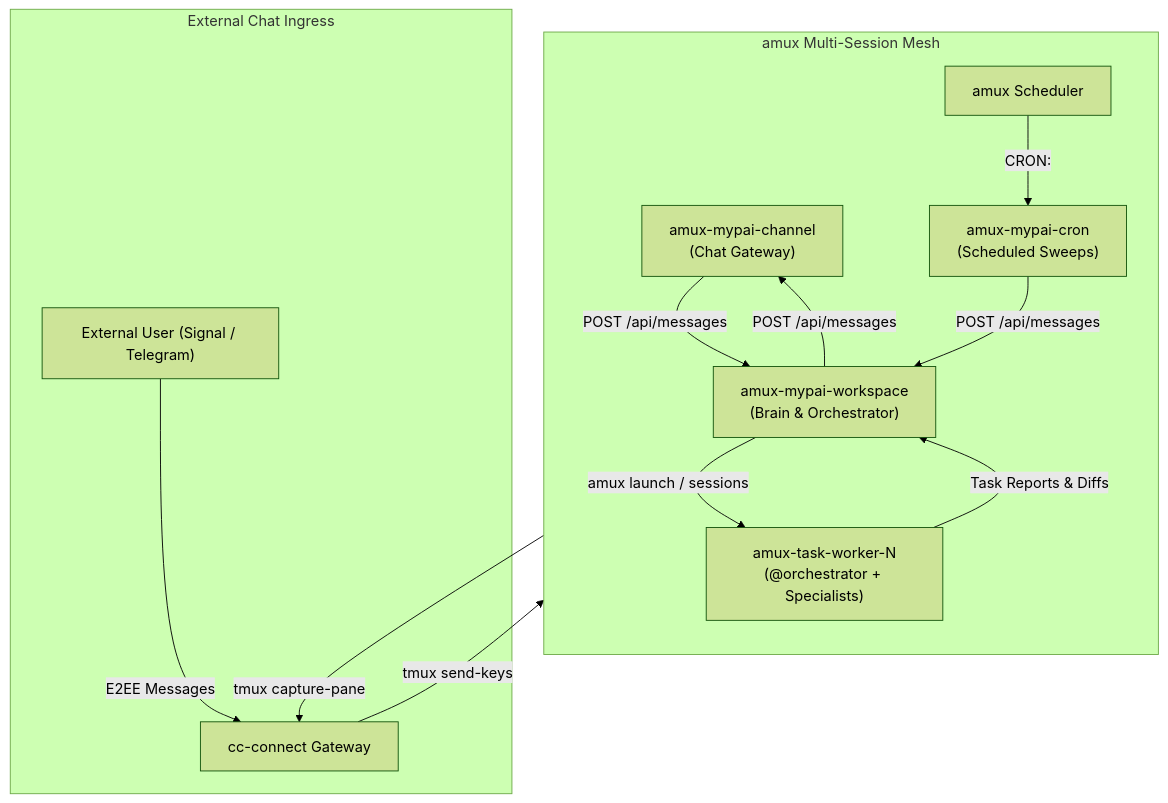
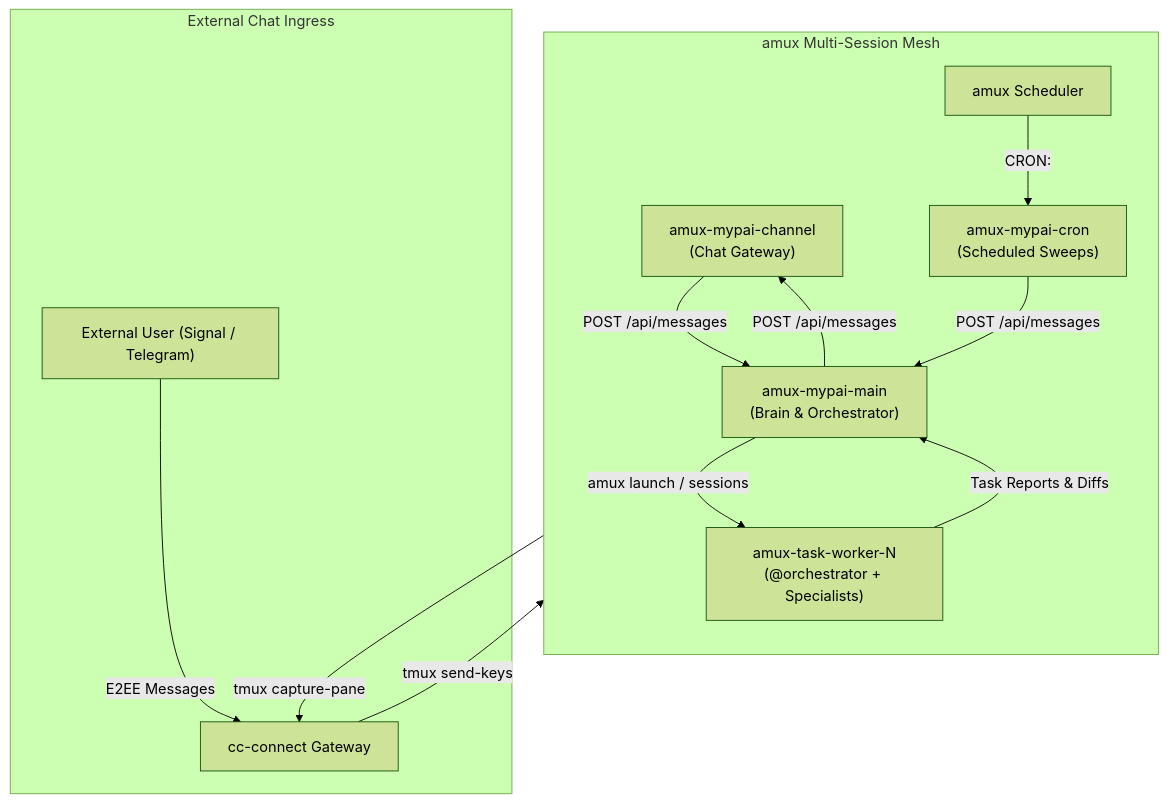
Before and after one commit to wuxxin/mypai: the diagram in USAGE.md, drawn with Mermaid (forest theme). The commit also changed other lines of this file and 13 other files, not shown here.

First line of the commit message:
refactor(mesh): rename mypai-workspace to mypai-main across configs, agents, and documentation

````diff
--- a/USAGE.md
+++ b/USAGE.md
@@ -11,29 +11,29 @@
 ```mermaid
 flowchart TD
     subgraph Chat["External Chat Ingress"]
         ExtUser["External User (Signal / Telegram)"]
         CC["cc-connect Gateway"]
         ExtUser -->|"E2EE Messages"| CC
     end
 
     subgraph Mesh["amux Multi-Session Mesh"]
         direction TB
         Chan["amux-mypai-channel<br/>(Chat Gateway)"]
-        Brain["amux-mypai-workspace<br/>(Brain & Orchestrator)"]
+        Brain["amux-mypai-main<br/>(Brain & Orchestrator)"]
         Cron["amux-mypai-cron<br/>(Scheduled Sweeps)"]
         Sched["amux Scheduler"]
         
         Workers["amux-task-worker-N<br/>(@orchestrator + Specialists)"]
 
         CC -->|"tmux send-keys"| Chan
         Chan -->|"POST /api/messages"| Brain
         Brain -->|"POST /api/messages"| Chan
         Chan -->|"tmux capture-pane"| CC
         
         Sched -->|"CRON: <action>"| Cron
         Cron -->|"POST /api/messages"| Brain
         
         Brain -->|"amux launch / sessions"| Workers
         Workers -->|"Task Reports & Diffs"| Brain
     end
 ```
````
